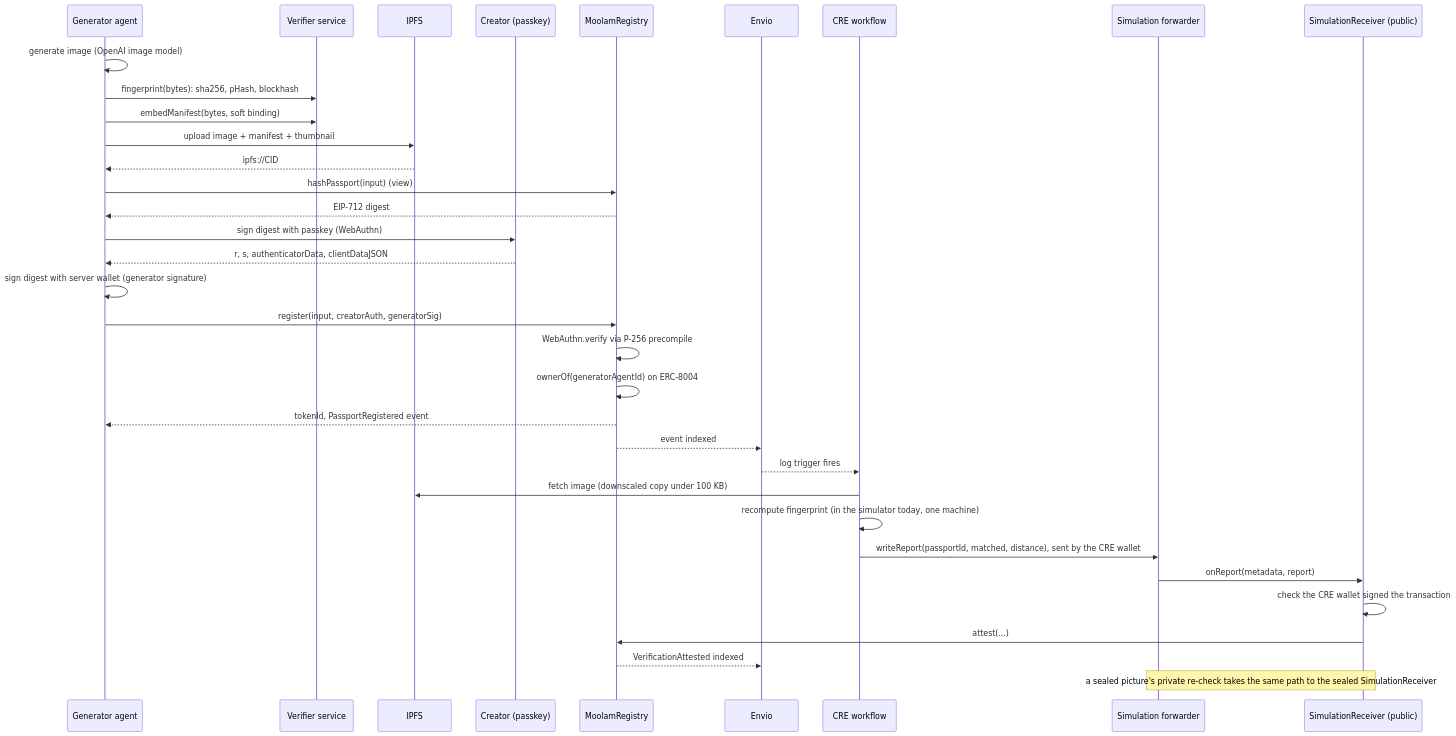
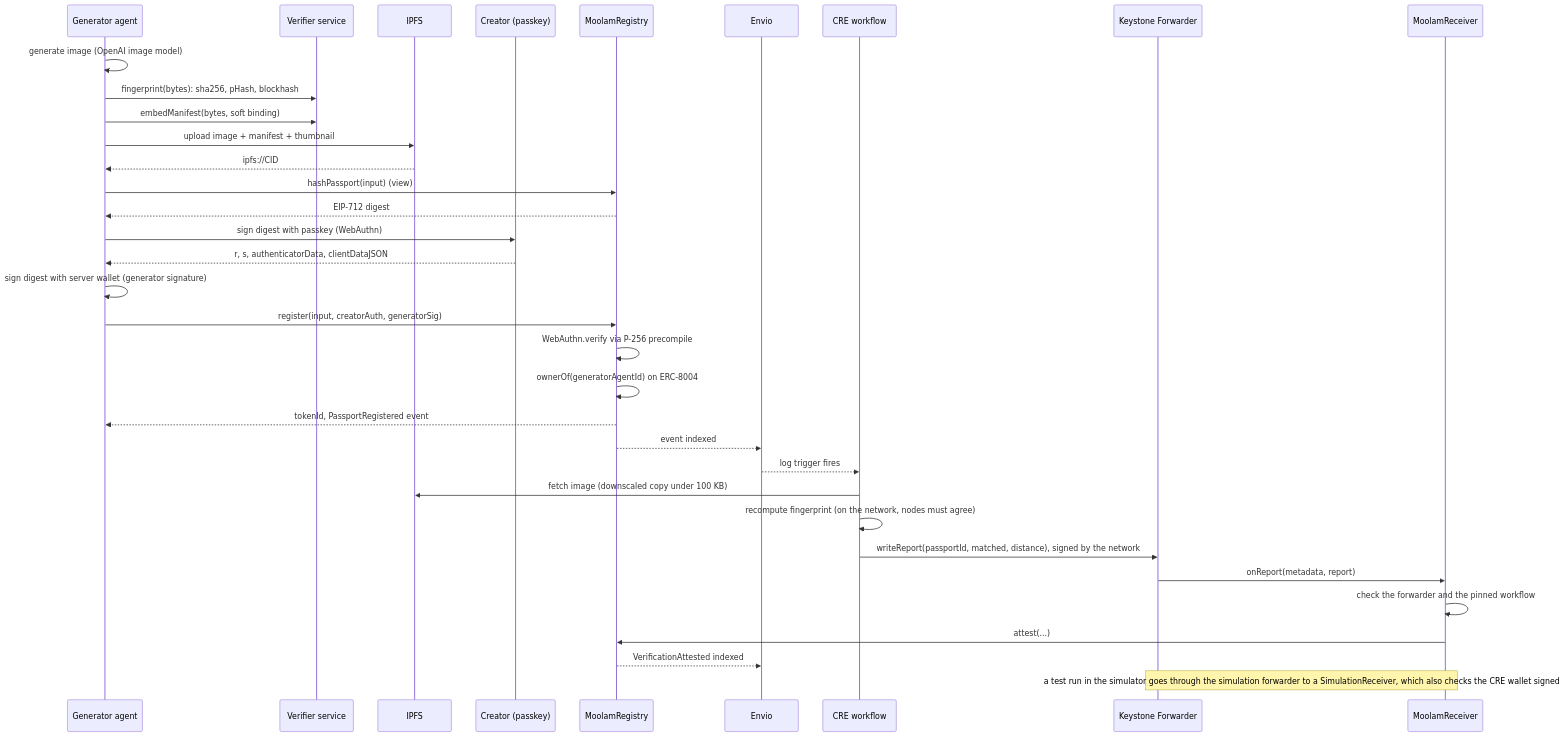
The second of 3 diagrams in README.md (ramakrishnanhulk20/Moolam), drawn with Mermaid before and after one commit. The commit also changed other lines of this file and 31 other files, not shown here.

````diff
--- a/README.md
+++ b/README.md
@@ -360,37 +369,37 @@
 ```mermaid
 sequenceDiagram
     participant A as Generator agent
     participant S as Verifier service
     participant F as IPFS
     participant C as Creator (passkey)
     participant R as MoolamRegistry
     participant X as Envio
     participant W as CRE workflow
-    participant MF as Simulation forwarder
-    participant RC as SimulationReceiver (public)
+    participant KF as Keystone Forwarder
+    participant MR as MoolamReceiver
 
     A->>A: generate image (OpenAI image model)
     A->>S: fingerprint(bytes): sha256, pHash, blockhash
     A->>S: embedManifest(bytes, soft binding)
     A->>F: upload image + manifest + thumbnail
     F-->>A: ipfs://CID
     A->>R: hashPassport(input) (view)
     R-->>A: EIP-712 digest
     A->>C: sign digest with passkey (WebAuthn)
     C-->>A: r, s, authenticatorData, clientDataJSON
     A->>A: sign digest with server wallet (generator signature)
     A->>R: register(input, creatorAuth, generatorSig)
     R->>R: WebAuthn.verify via P-256 precompile
     R->>R: ownerOf(generatorAgentId) on ERC-8004
     R-->>A: tokenId, PassportRegistered event
     R-->>X: event indexed
     X-->>W: log trigger fires
     W->>F: fetch image (downscaled copy under 100 KB)
-    W->>W: recompute fingerprint (in the simulator today, one machine)
-    W->>MF: writeReport(passportId, matched, distance), sent by the CRE wallet
-    MF->>RC: onReport(metadata, report)
-    RC->>RC: check the CRE wallet signed the transaction
-    RC->>R: attest(...)
+    W->>W: recompute fingerprint (on the network, nodes must agree)
+    W->>KF: writeReport(passportId, matched, distance), signed by the network
+    KF->>MR: onReport(metadata, report)
+    MR->>MR: check the forwarder and the pinned workflow
+    MR->>R: attest(...)
     R-->>X: VerificationAttested indexed
-    Note over MF,RC: a sealed picture's private re-check takes the same path to the sealed SimulationReceiver
+    Note over KF,MR: a test run in the simulator goes through the simulation forwarder to a SimulationReceiver, which also checks the CRE wallet signed
 ```
````
